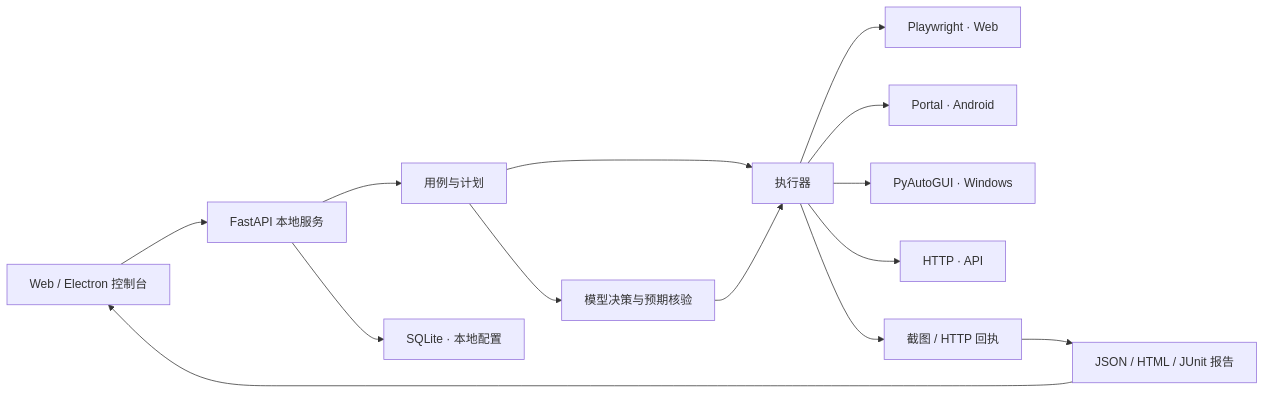
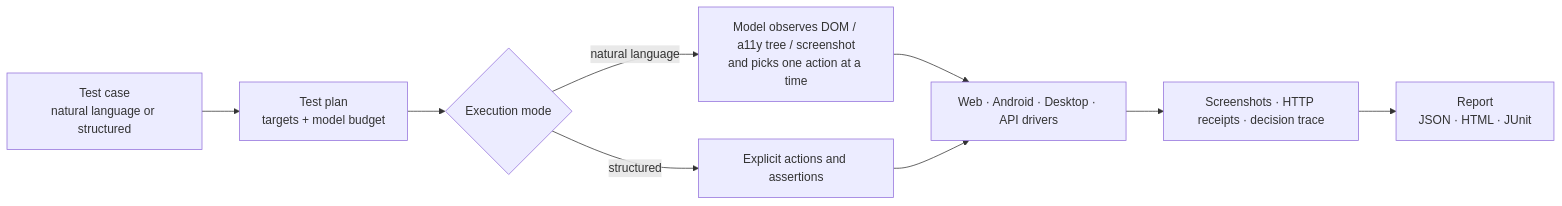
One commit to LingYuWings/AutoRush-AITestingFramework changed the diagram in README.md. Above: the diagram before and after it, drawn with Mermaid. The commit also changed other lines of this file and 13 other files, not shown here.

First line of the commit message:
feat: refine console navigation and API workspace presentation

````diff
--- a/README.md
+++ b/README.md
@@ -9,16 +40,11 @@
 ```mermaid
 flowchart LR
-    Console["Web / Electron 控制台"] --> Server["FastAPI 本地服务"]
-    Server --> Cases["用例与计划"]
-    Cases --> Agent["模型决策与预期核验"]
-    Cases --> Runner["执行器"]
-    Agent --> Runner
-    Runner --> Web["Playwright · Web"]
-    Runner --> Android["Portal · Android"]
-    Runner --> Desktop["PyAutoGUI · Windows"]
-    Runner --> API["HTTP · API"]
-    Server --> Store["SQLite · 本地配置"]
-    Runner --> Evidence["截图 / HTTP 回执"]
-    Evidence --> Reports["JSON / HTML / JUnit 报告"]
-    Reports --> Console
+    Case["Test case<br/>natural language or structured"] --> Plan["Test plan<br/>targets + model budget"]
+    Plan --> Mode{Execution mode}
+    Mode -->|natural language| Agent["Model observes DOM / a11y tree / screenshot<br/>and picks one action at a time"]
+    Mode -->|structured| Steps["Explicit actions and assertions"]
+    Agent --> Driver["Web · Android · Desktop · API drivers"]
+    Steps --> Driver
+    Driver --> Evidence["Screenshots · HTTP receipts · decision trace"]
+    Evidence --> Report["Report<br/>JSON · HTML · JUnit"]
 ```
````
